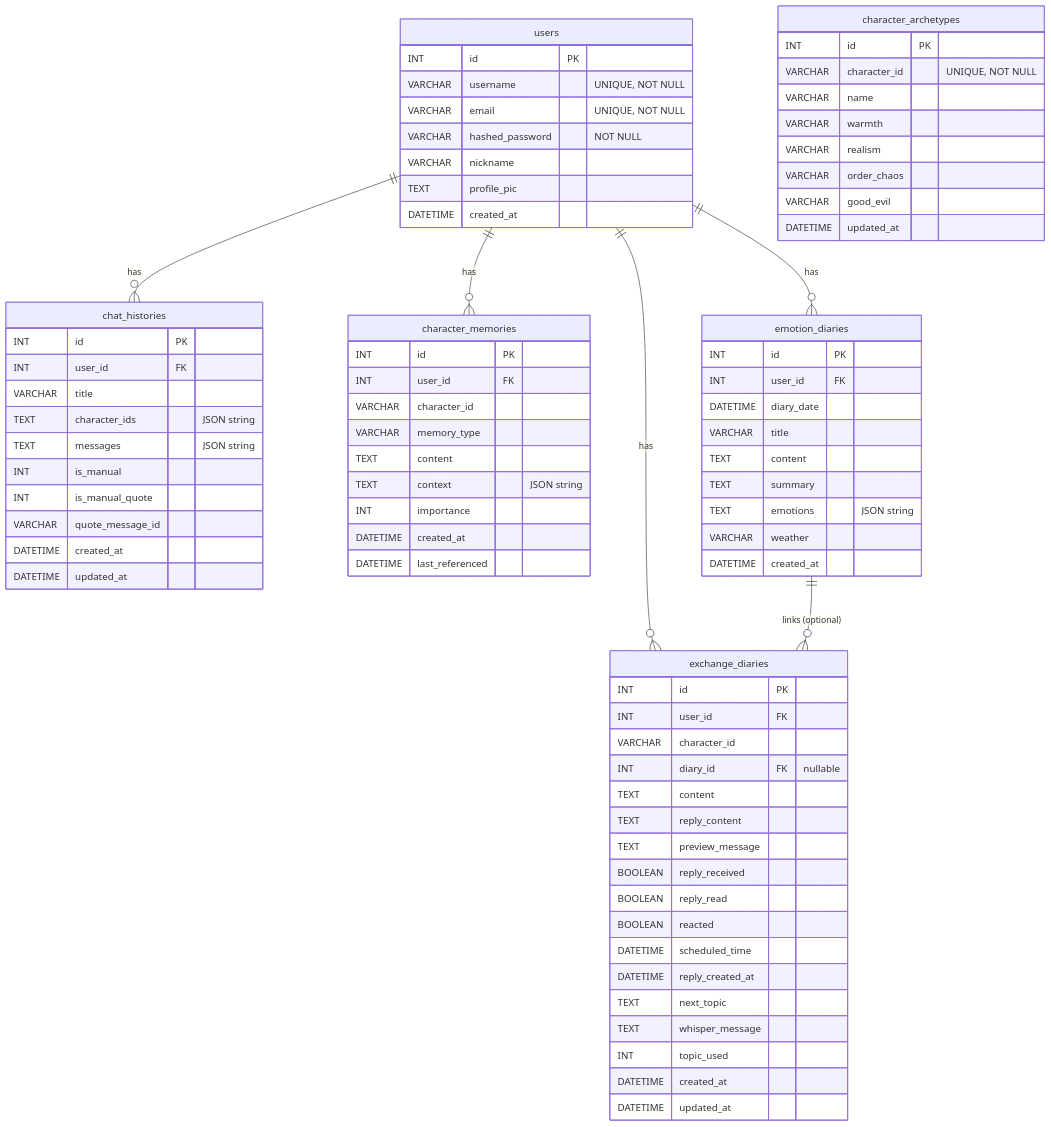
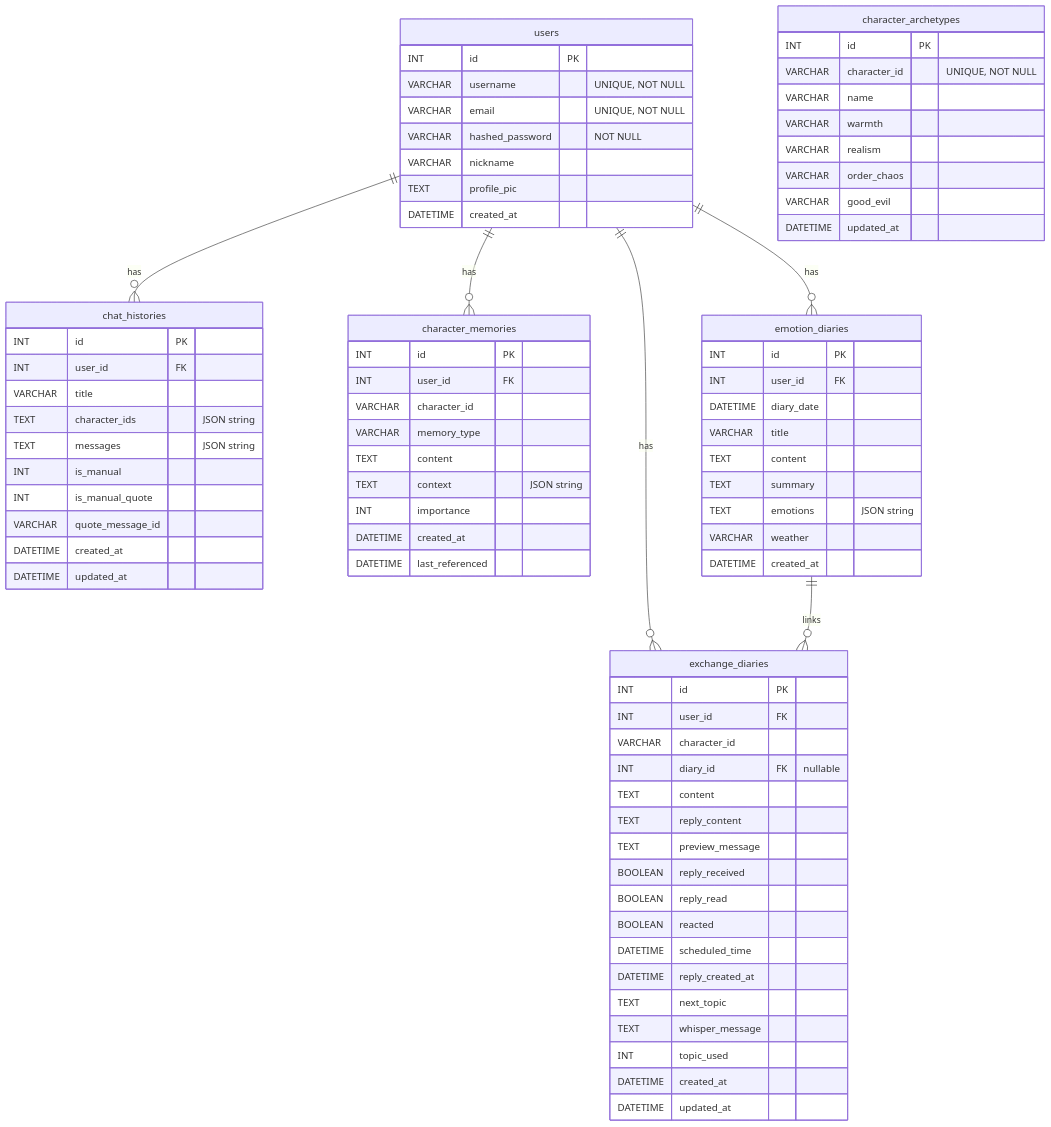
The second of 3 diagrams in README.md (kimseoan0516/IntoDrama), drawn with Mermaid before and after one commit. The commit also changed other lines of this file, not shown here.

````diff
--- a/README.md
+++ b/README.md
@@ -842,9 +555,9 @@
     DATETIME updated_at
   }
 
-  users ||--o{ chat_histories : "has"
-  users ||--o{ character_memories : "has"
-  users ||--o{ emotion_diaries : "has"
-  users ||--o{ exchange_diaries : "has"
-  emotion_diaries ||--o{ exchange_diaries : "links (optional)"
+  users ||--o{ chat_histories : has
+  users ||--o{ character_memories : has
+  users ||--o{ emotion_diaries : has
+  users ||--o{ exchange_diaries : has
+  emotion_diaries ||--o{ exchange_diaries : links
 ```
````
